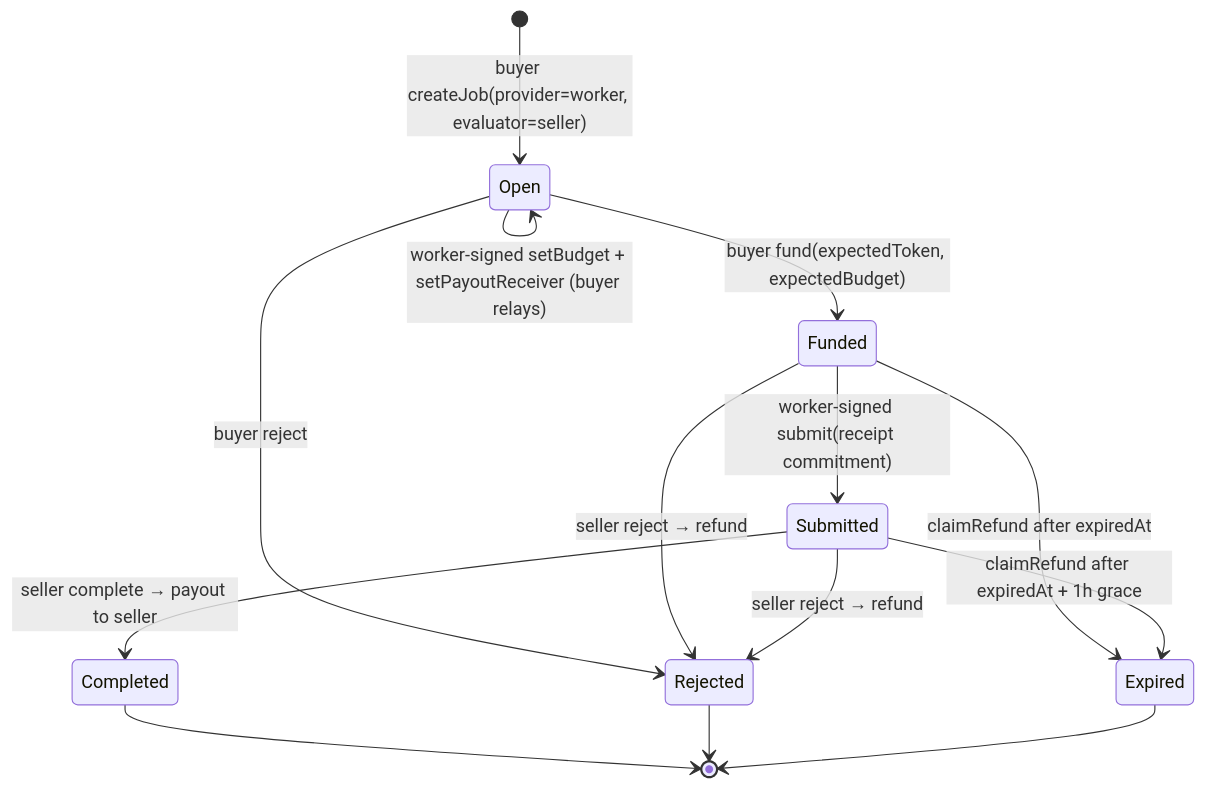
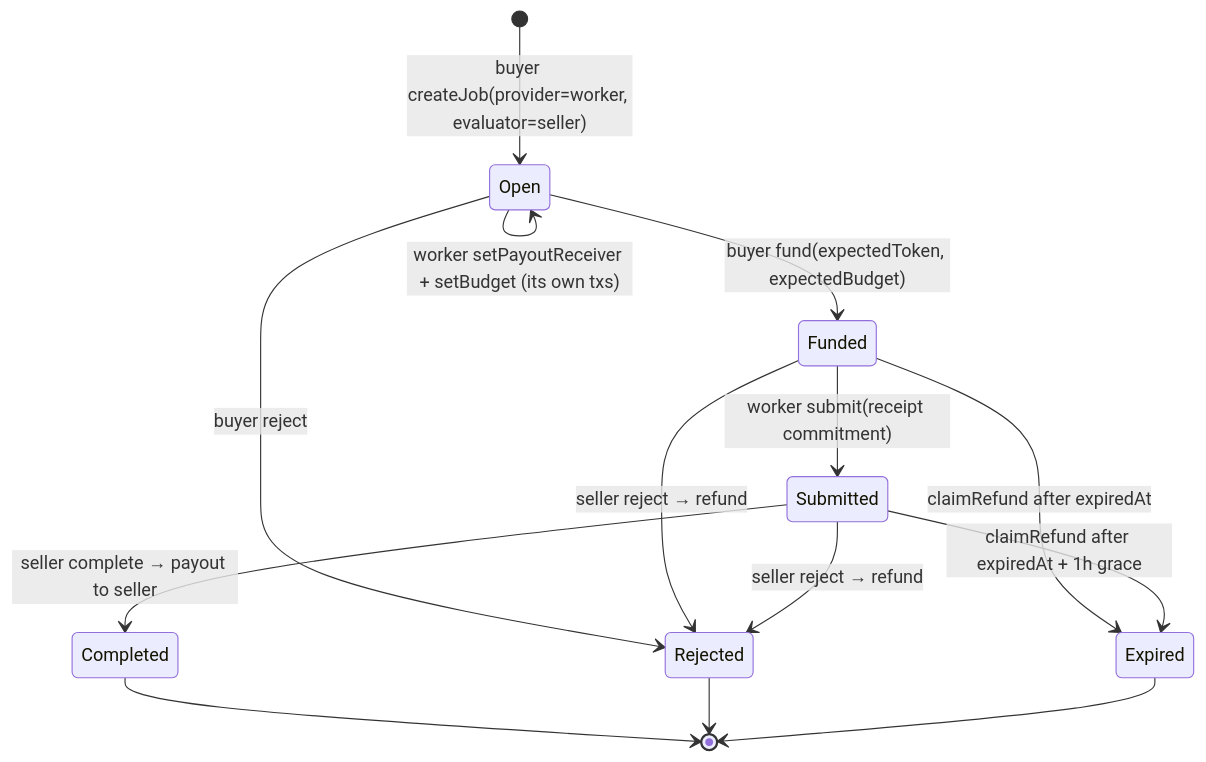
One commit to Soni-Shivam/Pivot_HTE changed the ninth of 16 diagrams in docs/ARCHITECTURE.md. Above: the diagram before and after it, drawn with Mermaid. The commit also changed other lines of this file and 24 other files, not shown here.

````diff
--- a/docs/ARCHITECTURE.md
+++ b/docs/ARCHITECTURE.md
@@ -250,16 +251,16 @@
 ```mermaid
 stateDiagram-v2
     [*] --> Open: buyer createJob(provider=worker, evaluator=seller)
-    Open --> Open: worker-signed setBudget + setPayoutReceiver (buyer relays)
+    Open --> Open: worker setPayoutReceiver + setBudget (its own txs)
     Open --> Funded: buyer fund(expectedToken, expectedBudget)
     Open --> Rejected: buyer reject
-    Funded --> Submitted: worker-signed submit(receipt commitment)
+    Funded --> Submitted: worker submit(receipt commitment)
     Funded --> Rejected: seller reject → refund
     Funded --> Expired: claimRefund after expiredAt
     Submitted --> Completed: seller complete → payout to seller
     Submitted --> Rejected: seller reject → refund
     Submitted --> Expired: claimRefund after expiredAt + 1h grace
     Completed --> [*]
     Rejected --> [*]
     Expired --> [*]
 ```
````
